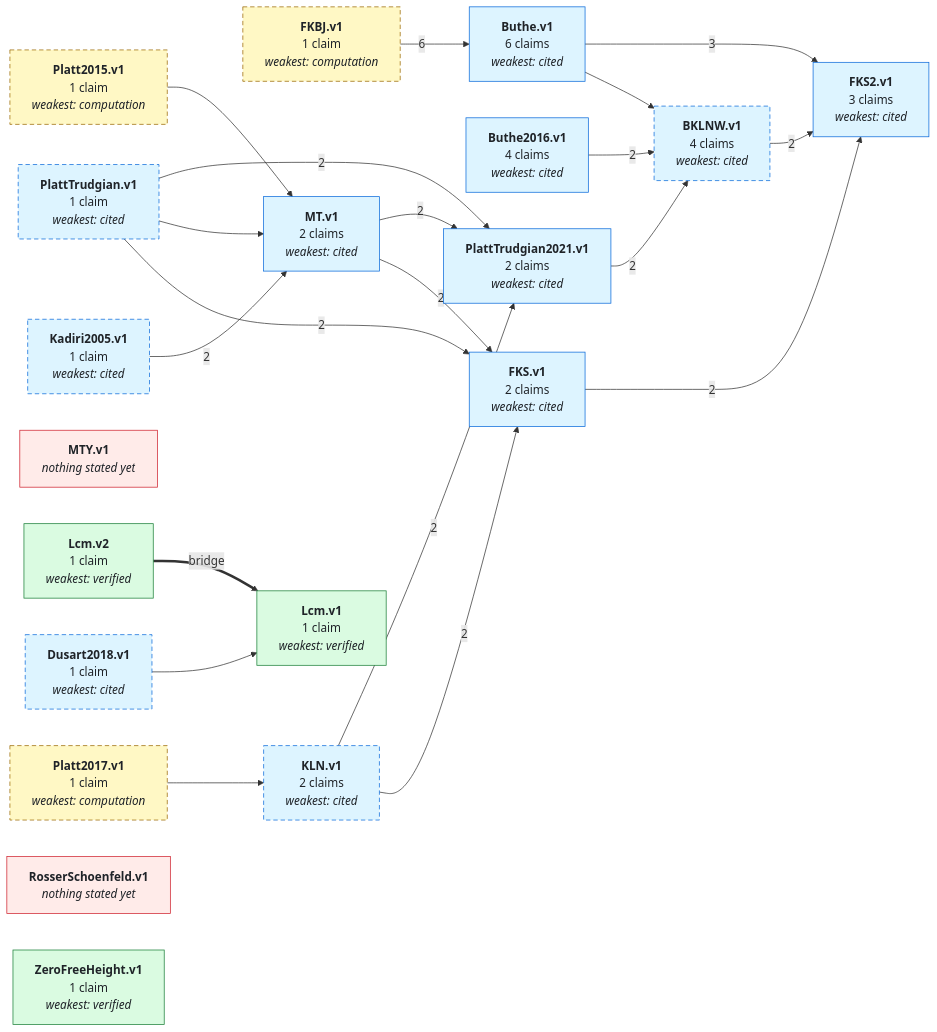
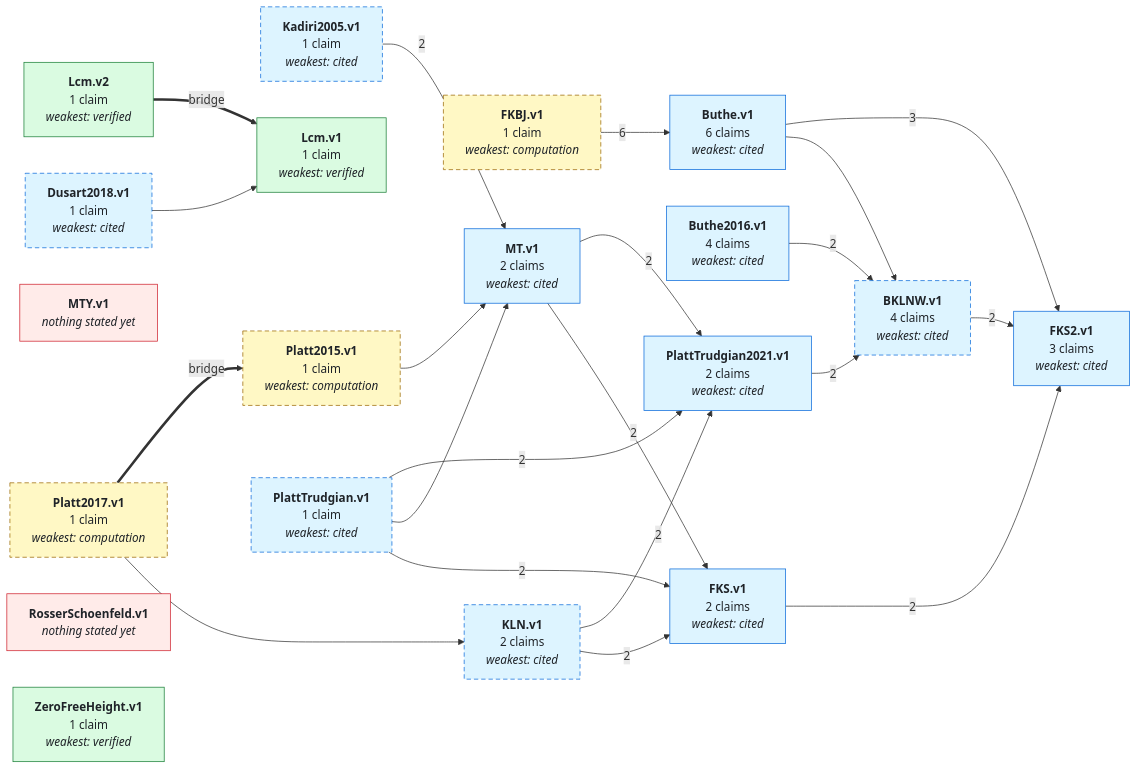
Before and after one commit to teorth/IEANTN: the first of 2 diagrams in GRAPH.md, drawn with Mermaid. The commit also changed other lines of this file and 7 other files, not shown here.

````diff
--- a/GRAPH.md
+++ b/GRAPH.md
@@ -40,76 +40,77 @@
 ```mermaid
 graph LR
   NBKLNW_v1["<b>BKLNW.v1</b><br/>4 claims<br/><i>weakest: cited</i>"]
   NButhe_v1["<b>Buthe.v1</b><br/>6 claims<br/><i>weakest: cited</i>"]
   NButhe2016_v1["<b>Buthe2016.v1</b><br/>4 claims<br/><i>weakest: cited</i>"]
   NDusart2018_v1["<b>Dusart2018.v1</b><br/>1 claim<br/><i>weakest: cited</i>"]
   NFKBJ_v1["<b>FKBJ.v1</b><br/>1 claim<br/><i>weakest: computation</i>"]
   NFKS_v1["<b>FKS.v1</b><br/>2 claims<br/><i>weakest: cited</i>"]
   NFKS2_v1["<b>FKS2.v1</b><br/>3 claims<br/><i>weakest: cited</i>"]
   NKLN_v1["<b>KLN.v1</b><br/>2 claims<br/><i>weakest: cited</i>"]
   NKadiri2005_v1["<b>Kadiri2005.v1</b><br/>1 claim<br/><i>weakest: cited</i>"]
   NLcm_v1["<b>Lcm.v1</b><br/>1 claim<br/><i>weakest: verified</i>"]
   NLcm_v2["<b>Lcm.v2</b><br/>1 claim<br/><i>weakest: verified</i>"]
   NMT_v1["<b>MT.v1</b><br/>2 claims<br/><i>weakest: cited</i>"]
   NMTY_v1["<b>MTY.v1</b><br/><i>nothing stated yet</i>"]
   NPlatt2015_v1["<b>Platt2015.v1</b><br/>1 claim<br/><i>weakest: computation</i>"]
   NPlatt2017_v1["<b>Platt2017.v1</b><br/>1 claim<br/><i>weakest: computation</i>"]
   NPlattTrudgian_v1["<b>PlattTrudgian.v1</b><br/>1 claim<br/><i>weakest: cited</i>"]
   NPlattTrudgian2021_v1["<b>PlattTrudgian2021.v1</b><br/>2 claims<br/><i>weakest: cited</i>"]
   NRosserSchoenfeld_v1["<b>RosserSchoenfeld.v1</b><br/><i>nothing stated yet</i>"]
   NZeroFreeHeight_v1["<b>ZeroFreeHeight.v1</b><br/>1 claim<br/><i>weakest: verified</i>"]
   NBKLNW_v1 -->|2| NFKS2_v1
   NButhe_v1 --> NBKLNW_v1
   NButhe_v1 -->|3| NFKS2_v1
   NButhe2016_v1 -->|2| NBKLNW_v1
   NDusart2018_v1 --> NLcm_v1
   NFKBJ_v1 -->|6| NButhe_v1
   NFKS_v1 -->|2| NFKS2_v1
   NKLN_v1 -->|2| NFKS_v1
   NKLN_v1 -->|2| NPlattTrudgian2021_v1
   NKadiri2005_v1 -->|2| NMT_v1
   NMT_v1 -->|2| NFKS_v1
   NMT_v1 -->|2| NPlattTrudgian2021_v1
   NPlatt2015_v1 --> NMT_v1
   NPlatt2017_v1 --> NKLN_v1
   NPlattTrudgian_v1 -->|2| NFKS_v1
   NPlattTrudgian_v1 --> NMT_v1
   NPlattTrudgian_v1 -->|2| NPlattTrudgian2021_v1
   NPlattTrudgian2021_v1 -->|2| NBKLNW_v1
   NLcm_v2 ==>|bridge| NLcm_v1
+  NPlatt2017_v1 ==>|bridge| NPlatt2015_v1
   style NBKLNW_v1 stroke-dasharray: 6 4;
   style NDusart2018_v1 stroke-dasharray: 6 4;
   style NFKBJ_v1 stroke-dasharray: 6 4;
   style NKLN_v1 stroke-dasharray: 6 4;
   style NKadiri2005_v1 stroke-dasharray: 6 4;
   style NPlatt2015_v1 stroke-dasharray: 6 4;
   style NPlatt2017_v1 stroke-dasharray: 6 4;
   style NPlattTrudgian_v1 stroke-dasharray: 6 4;
   class NMTY_v1,NRosserSchoenfeld_v1 none_yet;
   class NBKLNW_v1,NButhe_v1,NButhe2016_v1,NDusart2018_v1,NFKS_v1,NFKS2_v1,NKLN_v1,NKadiri2005_v1,NMT_v1,NPlattTrudgian_v1,NPlattTrudgian2021_v1 literature;
   class NFKBJ_v1,NPlatt2015_v1,NPlatt2017_v1 numerical;
   class NLcm_v1,NLcm_v2,NZeroFreeHeight_v1 lean_comparator;
   click NBKLNW_v1 href "https://github.com/teorth/IEANTN/blob/main/docs/nodes/BKLNW-v1.md" _blank
   click NButhe_v1 href "https://github.com/teorth/IEANTN/blob/main/docs/nodes/Buthe-v1.md" _blank
   click NButhe2016_v1 href "https://github.com/teorth/IEANTN/blob/main/docs/nodes/Buthe2016-v1.md" _blank
   click NDusart2018_v1 href "https://github.com/teorth/IEANTN/blob/main/docs/nodes/Dusart2018-v1.md" _blank
   click NFKBJ_v1 href "https://github.com/teorth/IEANTN/blob/main/docs/nodes/FKBJ-v1.md" _blank
   click NFKS_v1 href "https://github.com/teorth/IEANTN/blob/main/docs/nodes/FKS-v1.md" _blank
   click NFKS2_v1 href "https://github.com/teorth/IEANTN/blob/main/docs/nodes/FKS2-v1.md" _blank
   click NKLN_v1 href "https://github.com/teorth/IEANTN/blob/main/docs/nodes/KLN-v1.md" _blank
   click NKadiri2005_v1 href "https://github.com/teorth/IEANTN/blob/main/docs/nodes/Kadiri2005-v1.md" _blank
   click NLcm_v1 href "https://github.com/teorth/IEANTN/blob/main/docs/nodes/Lcm-v1.md" _blank
   click NLcm_v2 href "https://github.com/teorth/IEANTN/blob/main/docs/nodes/Lcm-v2.md" _blank
   click NMT_v1 href "https://github.com/teorth/IEANTN/blob/main/docs/nodes/MT-v1.md" _blank
   click NPlatt2015_v1 href "https://github.com/teorth/IEANTN/blob/main/docs/nodes/Platt2015-v1.md" _blank
   click NPlatt2017_v1 href "https://github.com/teorth/IEANTN/blob/main/docs/nodes/Platt2017-v1.md" _blank
   click NPlattTrudgian_v1 href "https://github.com/teorth/IEANTN/blob/main/docs/nodes/PlattTrudgian-v1.md" _blank
   click NPlattTrudgian2021_v1 href "https://github.com/teorth/IEANTN/blob/main/docs/nodes/PlattTrudgian2021-v1.md" _blank
   click NZeroFreeHeight_v1 href "https://github.com/teorth/IEANTN/blob/main/docs/nodes/ZeroFreeHeight-v1.md" _blank
   classDef lean_comparator fill:#dafbe1,stroke:#1a7f37,color:#1f2328;
   classDef numerical fill:#fff8c5,stroke:#9a6700,color:#1f2328;
   classDef literature fill:#ddf4ff,stroke:#0969da,color:#1f2328;
   classDef asserted fill:#fff1e5,stroke:#bc4c00,color:#1f2328;
   classDef bridged fill:#fbefff,stroke:#8250df,color:#1f2328;
   classDef none_yet fill:#ffebe9,stroke:#cf222e,color:#1f2328;
 ```
````
